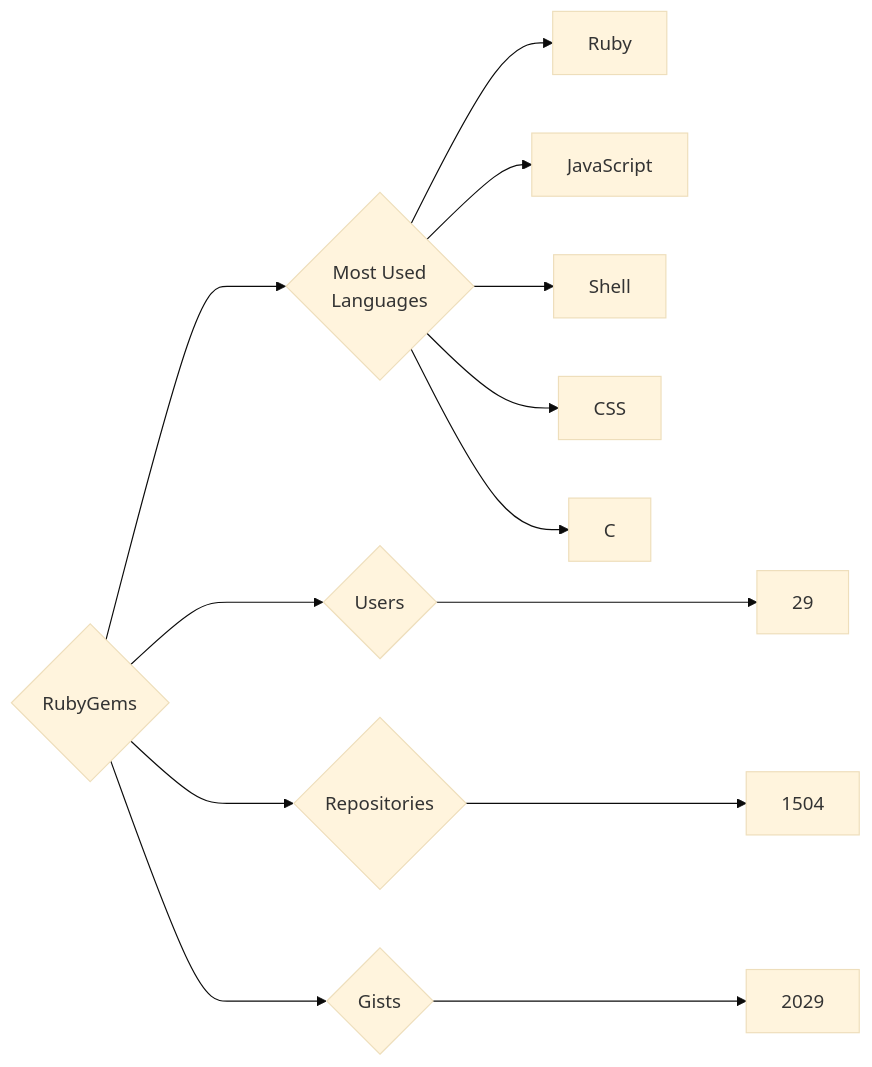
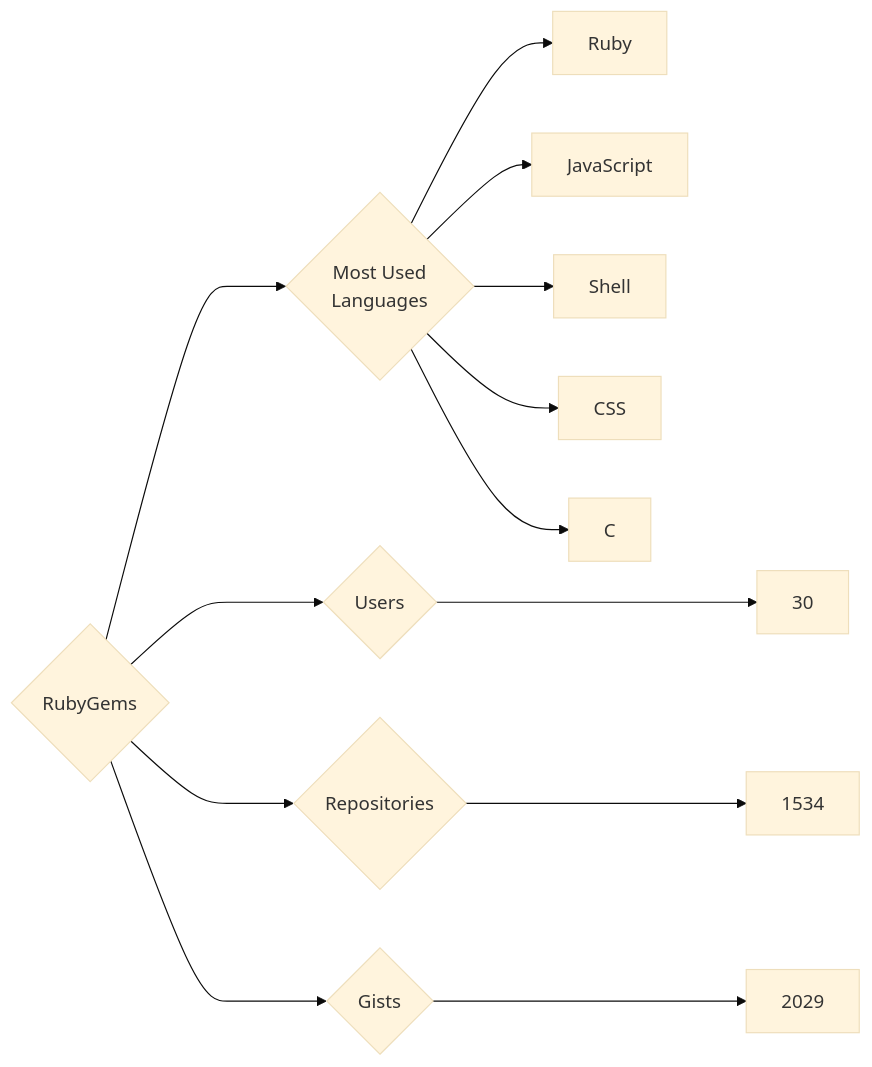
The diagram in targets/RubyGems/README.md (trickest/insiders), drawn with Mermaid (base theme) before and after one commit. The commit also changed 725 other files, not shown here.

````diff
--- a/targets/RubyGems/README.md
+++ b/targets/RubyGems/README.md
@@ -3,13 +3,13 @@
 ```mermaid
 graph LR
 COMPANY_NAME{RubyGems}
-COMPANY_NAME ---> U{Users} ---> UN[29]
-COMPANY_NAME ---> R{Repositories} ---> RN[1504]
+COMPANY_NAME ---> U{Users} ---> UN[30]
+COMPANY_NAME ---> R{Repositories} ---> RN[1534]
 COMPANY_NAME ---> G{Gists} ---> GN[2029]
 COMPANY_NAME ---> ML{Most Used<br>Languages}
 ML --> Ruby[Ruby]
 ML --> JavaScript[JavaScript]
 ML --> Shell[Shell]
 ML --> CSS[CSS]
 ML --> C[C]
 ```
````
